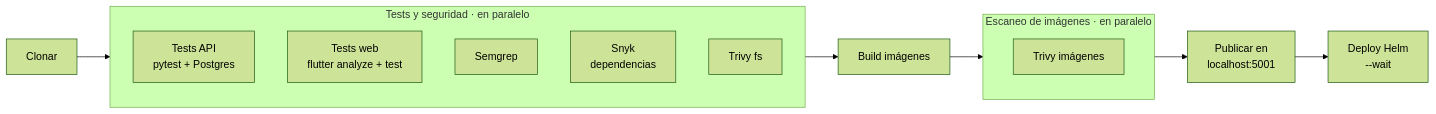
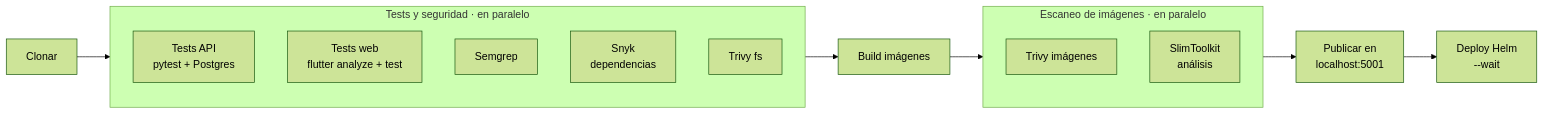
The second of 2 diagrams in README.md (fedepds/BrewTrack), drawn with Mermaid (forest theme) before and after one commit. The commit also changed other lines of this file and 6 other files, not shown here.

````diff
--- a/README.md
+++ b/README.md
@@ -174,17 +174,18 @@
 ```mermaid
 flowchart LR
   A[Clonar] --> B
   subgraph B[Tests y seguridad · en paralelo]
     B1[Tests API<br/>pytest + Postgres]
     B2[Tests web<br/>flutter analyze + test]
     B3[Semgrep]
     B4[Snyk<br/>dependencias]
     B5[Trivy fs]
   end
   B --> C[Build imágenes]
   C --> D
   subgraph D[Escaneo de imágenes · en paralelo]
     D1[Trivy imágenes]
+    D2[SlimToolkit<br/>análisis]
   end
   D --> E[Publicar en<br/>localhost:5001] --> F[Deploy Helm<br/>--wait]
 ```
````
